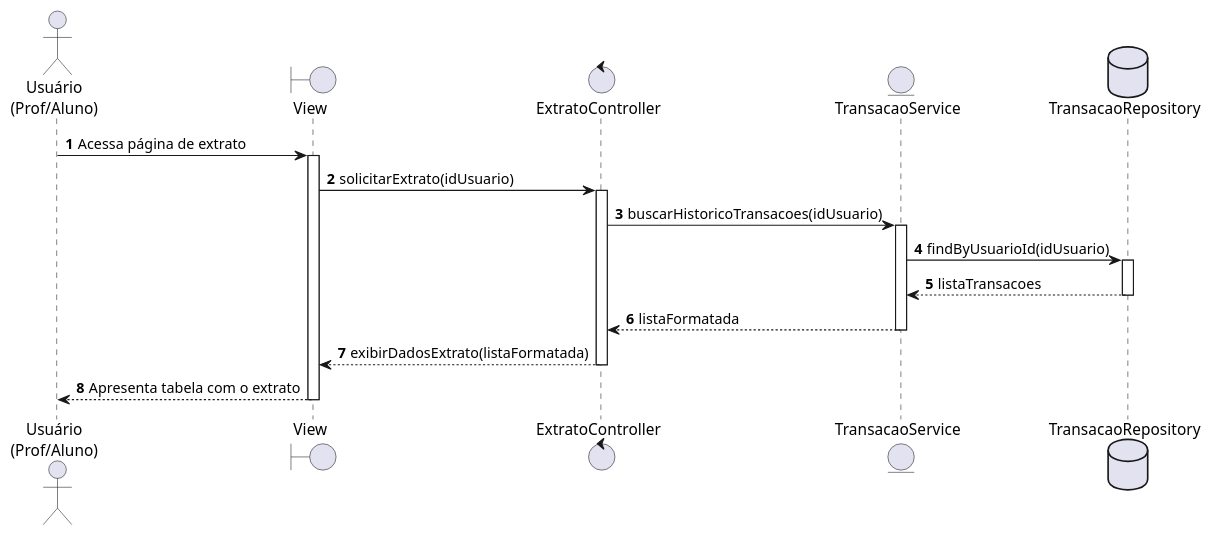
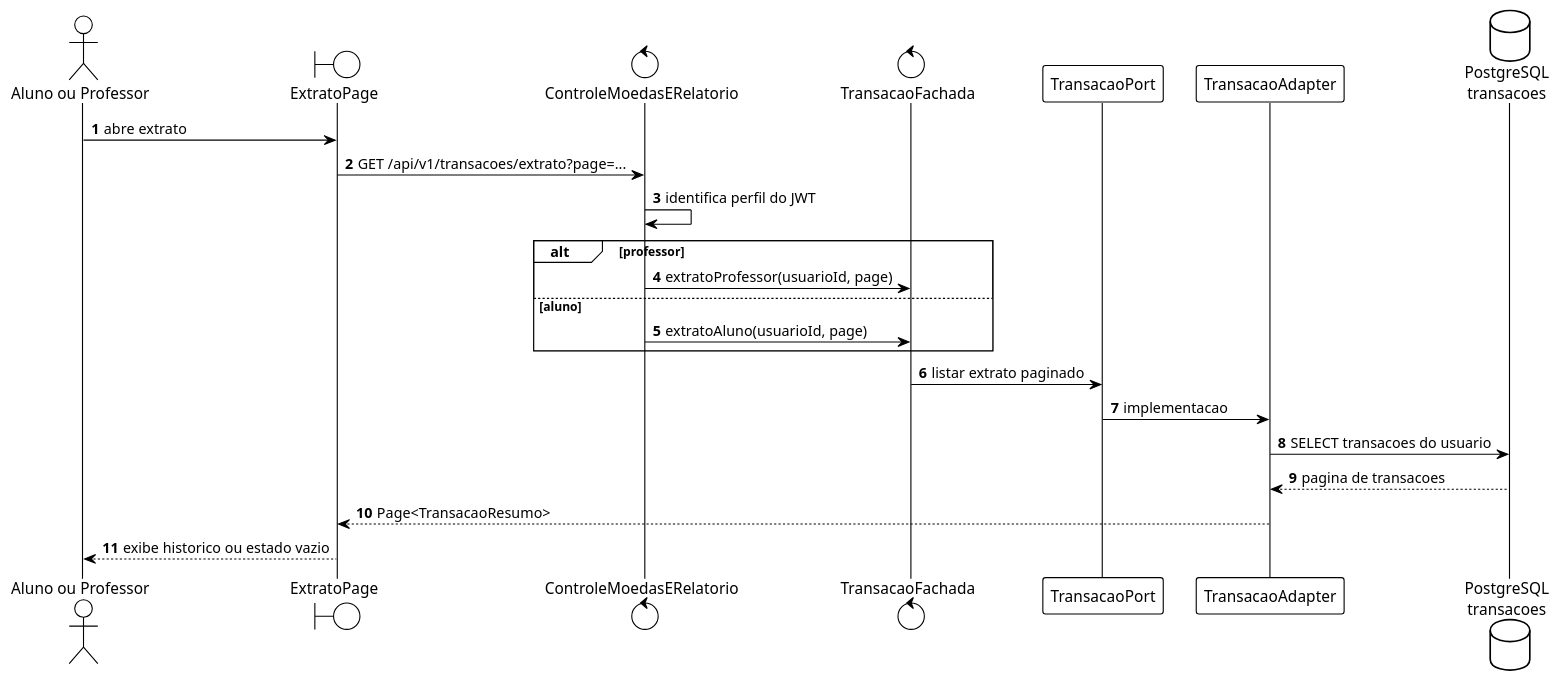
One commit to LaraCarvalho00/sistema-moeda-estudantil changed the diagram in docs/uml/codigos/sequencia_consultar_extrato.puml. Above: the diagram before and after it, drawn with PlantUML. The commit also changed 49 other files, not shown here.

```diff
--- a/docs/uml/codigos/sequencia_consultar_extrato.puml
+++ b/docs/uml/codigos/sequencia_consultar_extrato.puml
@@ -1,29 +1,27 @@
 @startuml
+!theme plain
 autonumber
-actor "Usuário\n(Prof/Aluno)" as Usuario
-boundary "View" as UI
-control "ExtratoController" as Controller
-entity "TransacaoService" as Service
-database "TransacaoRepository" as DB
 
-Usuario -> UI: Acessa página de extrato
-activate UI
-UI -> Controller: solicitarExtrato(idUsuario)
-activate Controller
+actor "Aluno ou Professor" as Usuario
+boundary "ExtratoPage" as SPA
+control "ControleMoedasERelatorio" as REST
+control "TransacaoFachada" as APP
+participant "TransacaoPort" as PORT
+participant "TransacaoAdapter" as ADAPTER
+database "PostgreSQL\ntransacoes" as DB
 
-Controller -> Service: buscarHistoricoTransacoes(idUsuario)
-activate Service
-
-Service -> DB: findByUsuarioId(idUsuario)
-activate DB
-DB --> Service: listaTransacoes
-deactivate DB
-
-Service --> Controller: listaFormatada
-deactivate Service
-
-Controller --> UI: exibirDadosExtrato(listaFormatada)
-deactivate Controller
-UI --> Usuario: Apresenta tabela com o extrato
-deactivate UI
+Usuario -> SPA : abre extrato
+SPA -> REST : GET /api/v1/transacoes/extrato?page=...
+REST -> REST : identifica perfil do JWT
+alt professor
+  REST -> APP : extratoProfessor(usuarioId, page)
+else aluno
+  REST -> APP : extratoAluno(usuarioId, page)
+end
+APP -> PORT : listar extrato paginado
+PORT -> ADAPTER : implementacao
+ADAPTER -> DB : SELECT transacoes do usuario
+DB --> ADAPTER : pagina de transacoes
+ADAPTER --> SPA : Page<TransacaoResumo>
+SPA --> Usuario : exibe historico ou estado vazio
 @enduml
```
